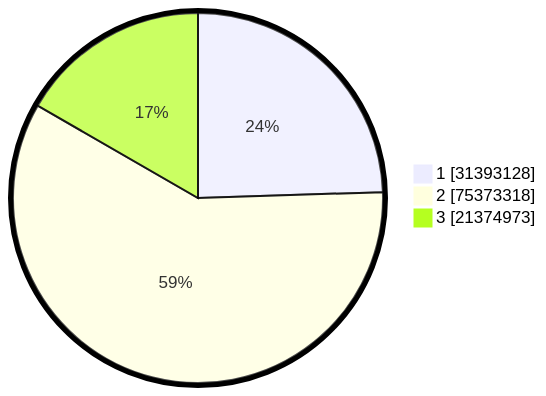
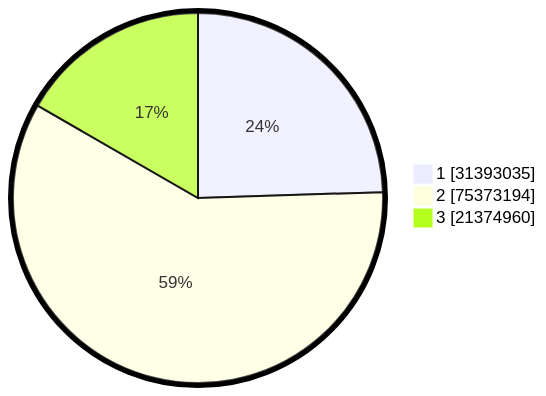
Before and after one commit to gigit-pemilu/pemilu-2024: the second of 2 diagrams in pilpres/hitung-suara/README.md, drawn with Mermaid. The commit also changed other lines of this file and 4 other files, not shown here.

````diff
--- a/pilpres/hitung-suara/README.md
+++ b/pilpres/hitung-suara/README.md
@@ -93,7 +93,7 @@
 ```mermaid
 %%{init: {"pie": {"textPosition": 0.5}, "themeVariables": {"pieOuterStrokeWidth": "5px"}} }%%
 pie showData
-    "1" : 31393128
-    "2" : 75373318
-    "3" : 21374973
+    "1" : 31393035
+    "2" : 75373194
+    "3" : 21374960
 ```
````
